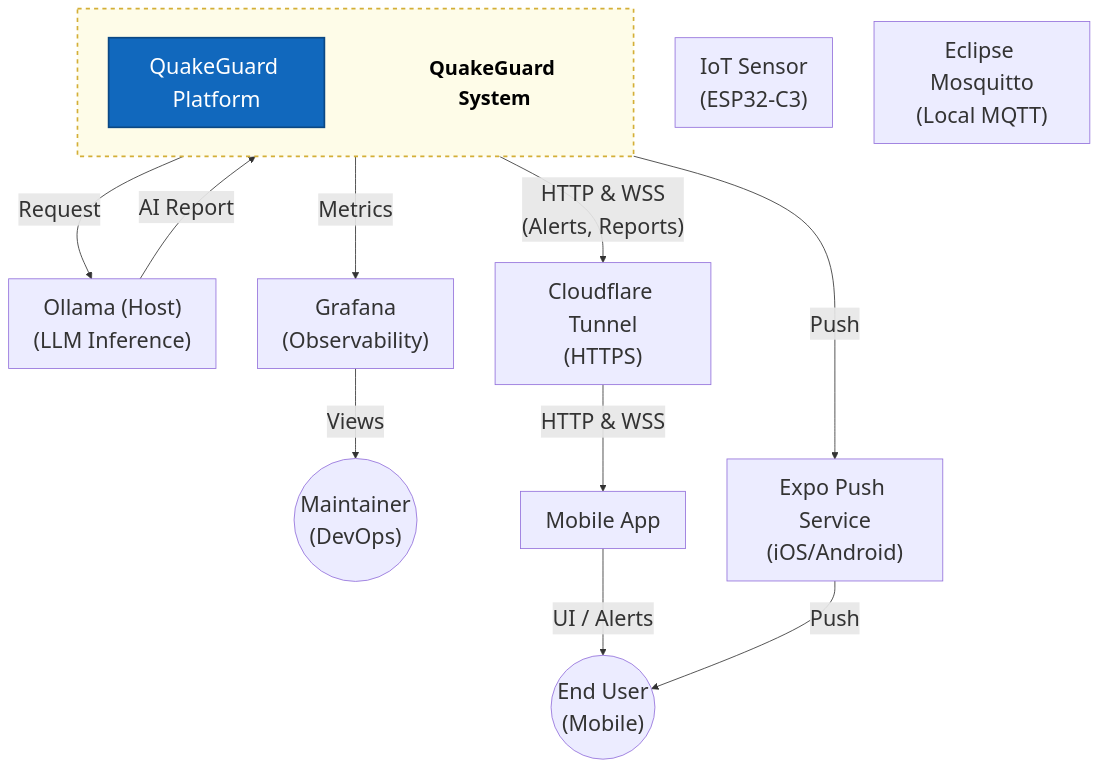
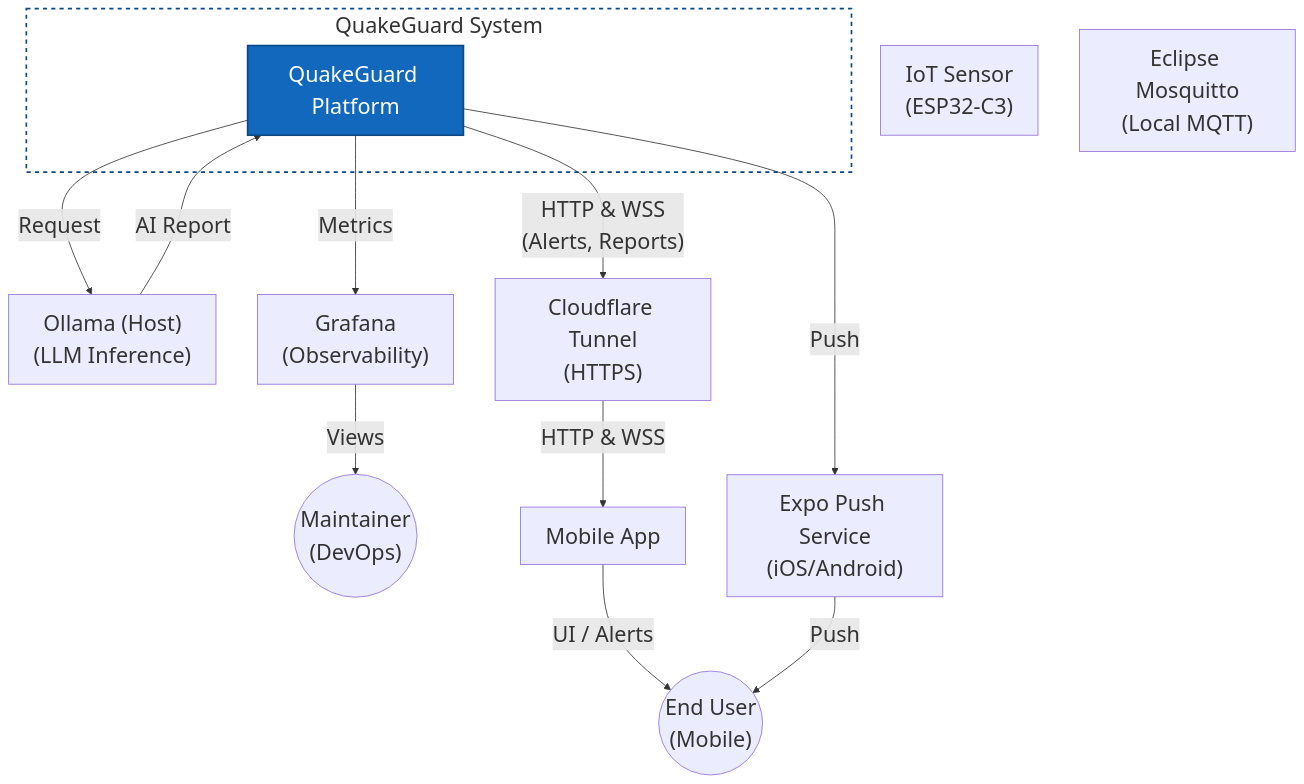
Before and after one commit to GiZano/QuakeGuard: the first of 3 diagrams in docs/diagrams/c4-context.md, drawn with Mermaid. The commit also changed 1 other file, not shown here.

Commit message:
docs(whitepaper): revert Figure 1 (c4-context_1) to original layout

````diff
--- a/docs/diagrams/c4-context.md
+++ b/docs/diagrams/c4-context.md
@@ -5,36 +5,34 @@
 ```mermaid
 %%{init: {"themeVariables": {"fontSize": "26px"}}}%%
 flowchart TD
     user(("End User\n(Mobile)"))
     maintainer(("Maintainer\n(DevOps)"))
     mobile["Mobile App"]
     sensor["IoT Sensor\n(ESP32-C3)"]
 
-    subgraph sys [ ]
-        direction LR
-        quakeguard["QuakeGuard Platform"] ~~~ label["QuakeGuard System"]
+    subgraph sys [QuakeGuard System]
+        quakeguard["QuakeGuard Platform"]
     end
-    style sys fill:#fefce8,stroke:#d4af37,stroke-width:2px,stroke-dasharray: 5 5
-    style label fill:none,stroke:none,color:#000,font-weight:bold,font-size:24px
+    style sys fill:none,stroke:#0b4884,stroke-width:2px,stroke-dasharray: 5 5
 
     mosquitto["Eclipse Mosquitto\n(Local MQTT)"]
     ollama["Ollama (Host)\n(LLM Inference)"]
     cloudflare["Cloudflare Tunnel\n(HTTPS)"]
     expo["Expo Push Service\n(iOS/Android)"]
     grafana["Grafana\n(Observability)"]
 
     quakeguard -- "Metrics" --> grafana
     grafana -- "Views" --> maintainer
     
     quakeguard -- "Request" --> ollama
     ollama -- "AI Report" --> quakeguard
     
     quakeguard -- "HTTP & WSS\n(Alerts, Reports)" --> cloudflare
     cloudflare -- "HTTP & WSS" --> mobile
     mobile -- "UI / Alerts" --> user
     
     quakeguard -- "Push" --> expo
     expo -- "Push" --> user
 
     style quakeguard fill:#1168bd,stroke:#0b4884,color:#ffffff,stroke-width:2px
 ```
````
